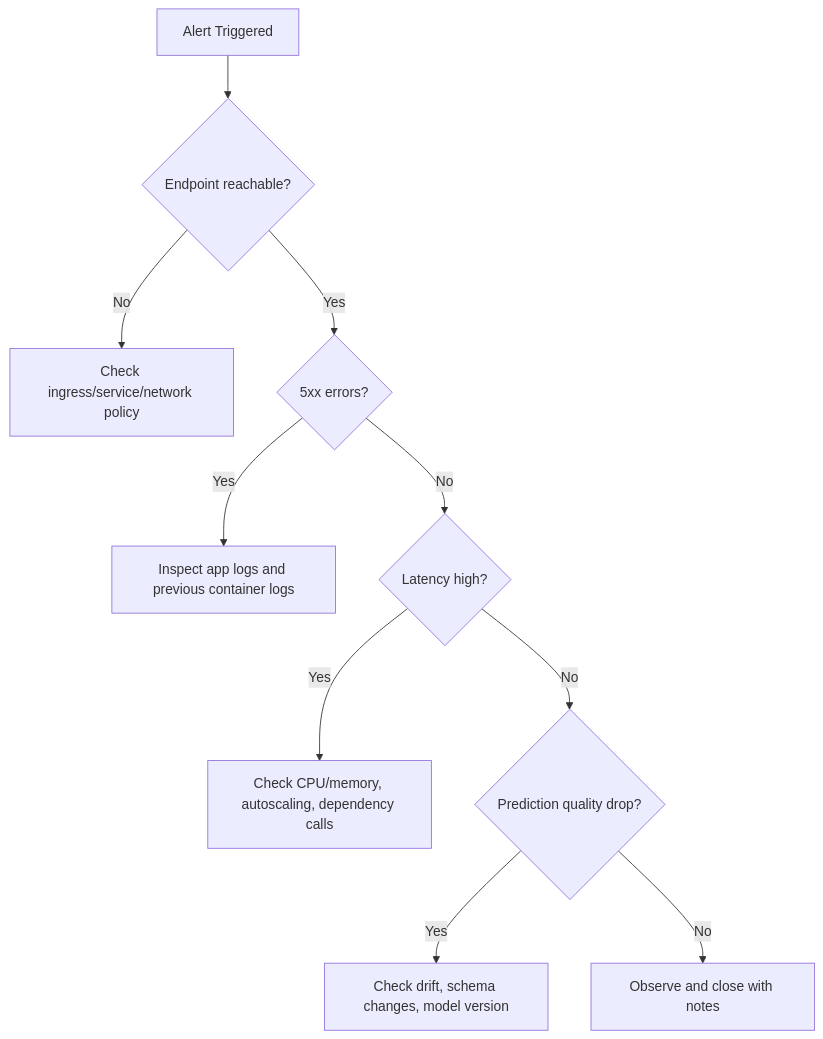
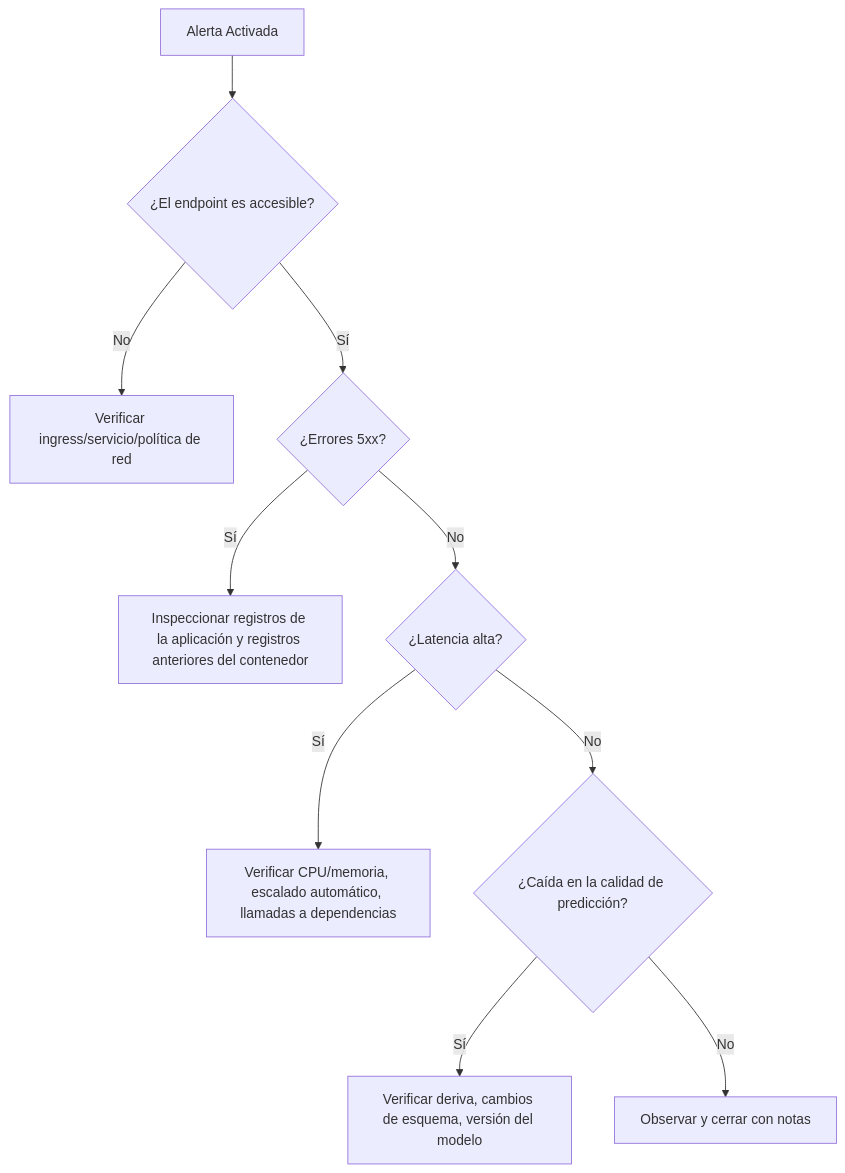
One commit to Cloud2BR-MSFTLearningHub/Azure-ML-Advanced changed the diagram in i18n-es/modules/deployment-debug-k8s.md. Above: the diagram before and after it, drawn with Mermaid. The commit also changed other lines of this file and 29 other files, not shown here.

````diff
--- a/i18n-es/modules/deployment-debug-k8s.md
+++ b/i18n-es/modules/deployment-debug-k8s.md
@@ -105,12 +103,12 @@
 ```mermaid
 flowchart TD
-	A[Alert Triggered] --> B{Endpoint reachable?}
-	B -- No --> C[Check ingress/service/network policy]
-	B -- Yes --> D{5xx errors?}
-	D -- Yes --> E[Inspect app logs and previous container logs]
-	D -- No --> F{Latency high?}
-	F -- Yes --> G[Check CPU/memory, autoscaling, dependency calls]
-	F -- No --> H{Prediction quality drop?}
-	H -- Yes --> I[Check drift, schema changes, model version]
-	H -- No --> J[Observe and close with notes]
+	A[Alerta Activada] --> B{¿El endpoint es accesible?}
+	B -- No --> C[Verificar ingress/servicio/política de red]
+	B -- Sí --> D{¿Errores 5xx?}
+	D -- Sí --> E[Inspeccionar registros de la aplicación y registros anteriores del contenedor]
+	D -- No --> F{¿Latencia alta?}
+	F -- Sí --> G[Verificar CPU/memoria, escalado automático, llamadas a dependencias]
+	F -- No --> H{¿Caída en la calidad de predicción?}
+	H -- Sí --> I[Verificar deriva, cambios de esquema, versión del modelo]
+	H -- No --> J[Observar y cerrar con notas]
 ```
````
